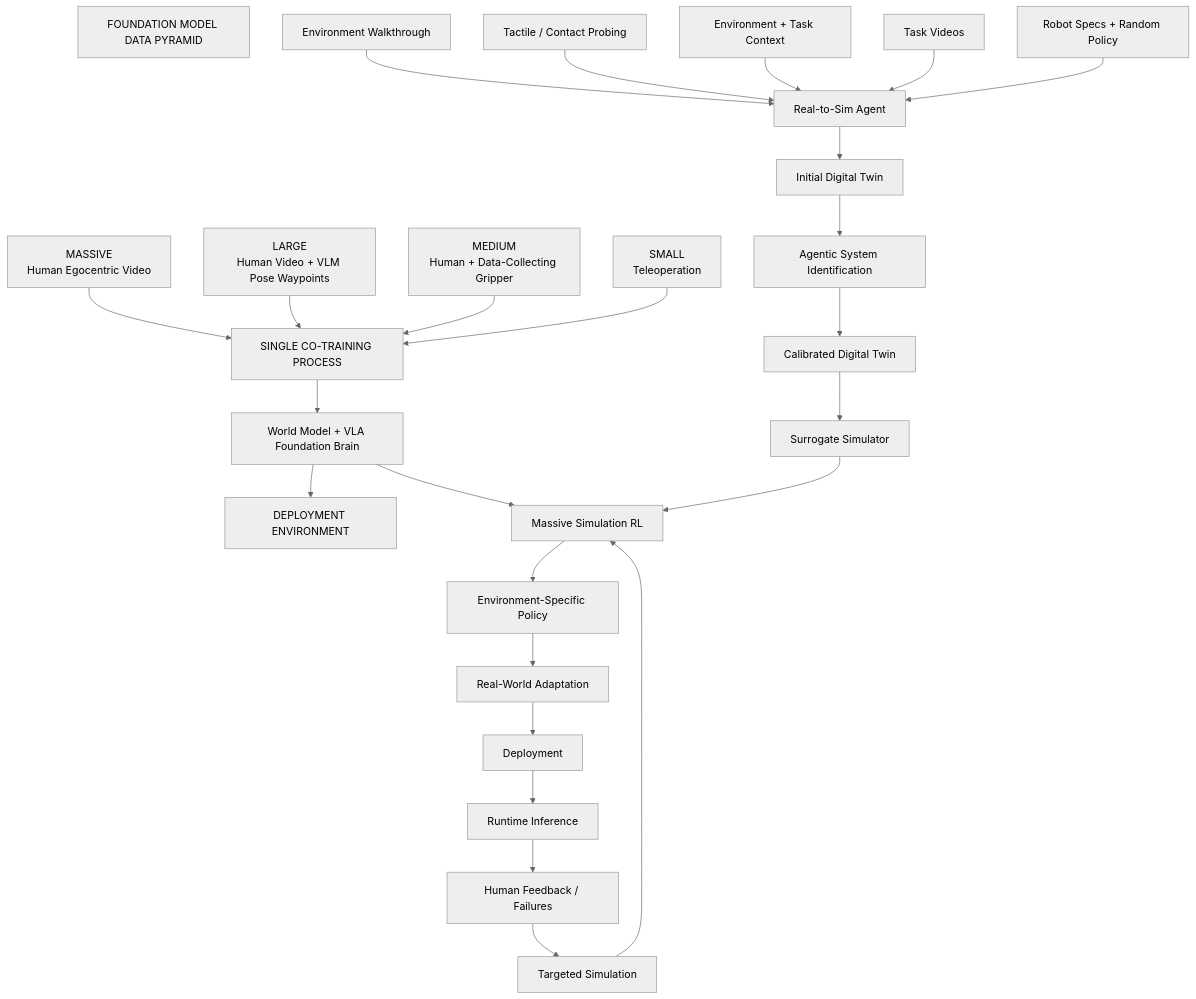
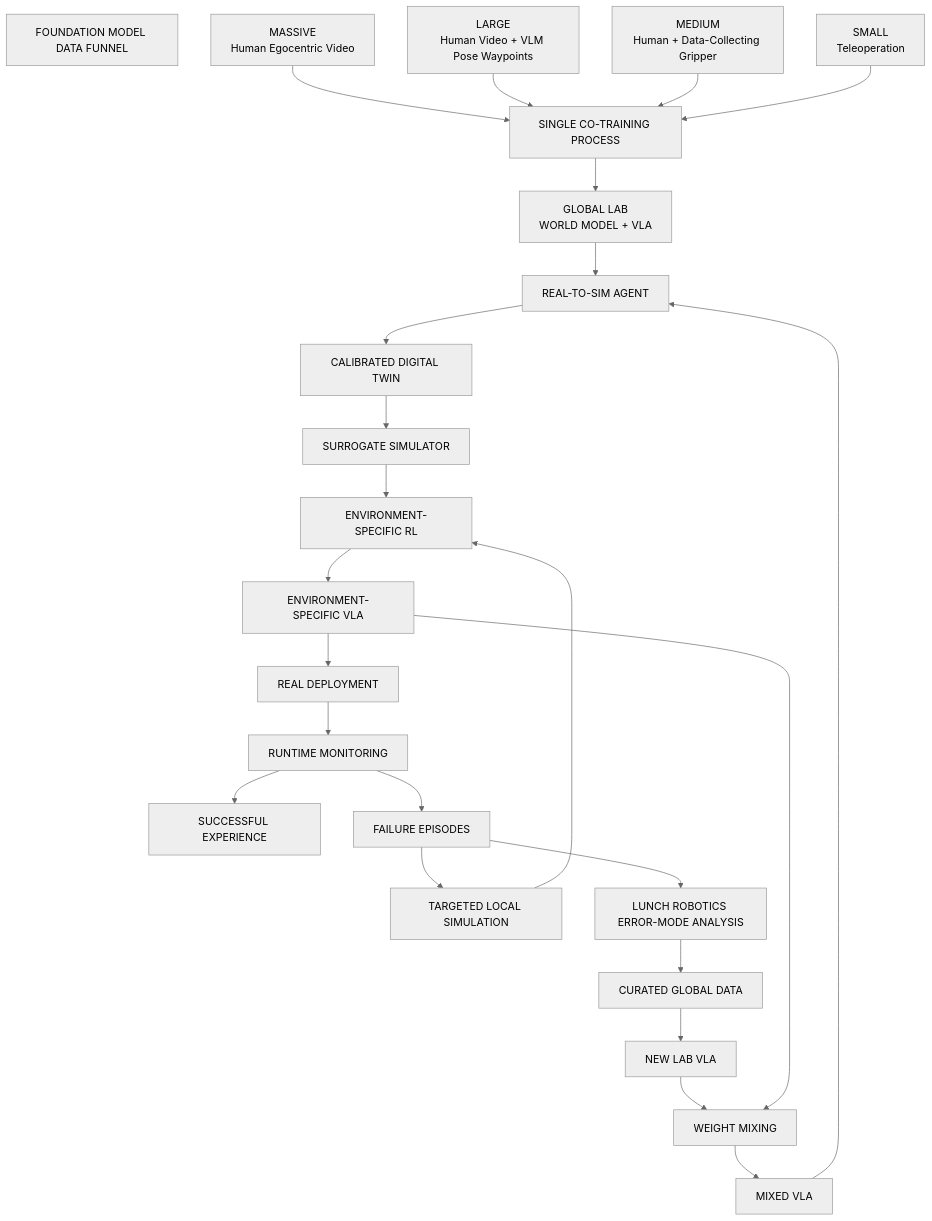
Diagram 13 of 13 in docs/specs/post-demo/lunch_robotics.md (Freelunch-AI/freelunch-ide), drawn with Mermaid (neutral theme) before and after one commit. The commit also changed other lines of this file, not shown here.

````diff
--- a/docs/specs/post-demo/lunch_robotics.md
+++ b/docs/specs/post-demo/lunch_robotics.md
@@ -1273,44 +1100,46 @@
 ```mermaid
 flowchart TD
-    A["FOUNDATION MODEL DATA PYRAMID"]
+    A["FOUNDATION MODEL DATA FUNNEL"]
 
     A1["MASSIVE<br/>Human Egocentric Video"]
     A2["LARGE<br/>Human Video + VLM Pose Waypoints"]
     A3["MEDIUM<br/>Human + Data-Collecting Gripper"]
     A4["SMALL<br/>Teleoperation"]
 
     A1 --> B["SINGLE CO-TRAINING PROCESS"]
     A2 --> B
     A3 --> B
     A4 --> B
 
-    B --> C["World Model + VLA Foundation Brain"]
+    B --> C["GLOBAL LAB<br/>WORLD MODEL + VLA"]
 
-    C --> D["DEPLOYMENT ENVIRONMENT"]
+    C --> D["REAL-TO-SIM AGENT"]
 
-    D1["Environment Walkthrough"] --> D2["Real-to-Sim Agent"]
-    D3["Tactile / Contact Probing"] --> D2
-    D4["Environment + Task Context"] --> D2
-    D5["Task Videos"] --> D2
-    D6["Robot Specs + Random Policy"] --> D2
+    D --> E["CALIBRATED DIGITAL TWIN"]
+    E --> F["SURROGATE SIMULATOR"]
+    F --> G["ENVIRONMENT-SPECIFIC RL"]
 
-    D2 --> E["Initial Digital Twin"]
-    E --> F["Agentic System Identification"]
-    F --> G["Calibrated Digital Twin"]
+    G --> H["ENVIRONMENT-SPECIFIC VLA"]
+    H --> I["REAL DEPLOYMENT"]
 
-    G --> H["Surrogate Simulator"]
-    H --> I["Massive Simulation RL"]
+    I --> J["RUNTIME MONITORING"]
 
-    C --> I
+    J --> K["SUCCESSFUL EXPERIENCE"]
+    J --> L["FAILURE EPISODES"]
 
-    I --> J["Environment-Specific Policy"]
+    L --> M["TARGETED LOCAL SIMULATION"]
+    M --> G
 
-    J --> K["Real-World Adaptation"]
-    K --> L["Deployment"]
+    L --> N["LUNCH ROBOTICS ERROR-MODE ANALYSIS"]
 
-    L --> M["Runtime Inference"]
-    M --> N["Human Feedback / Failures"]
+    N --> O["CURATED GLOBAL DATA"]
 
-    N --> O["Targeted Simulation"]
-    O --> I
+    O --> P["NEW LAB VLA"]
+
+    P --> Q["WEIGHT MIXING"]
+
+    H --> Q
+
+    Q --> R["MIXED VLA"]
+    R --> D
 ```
````
